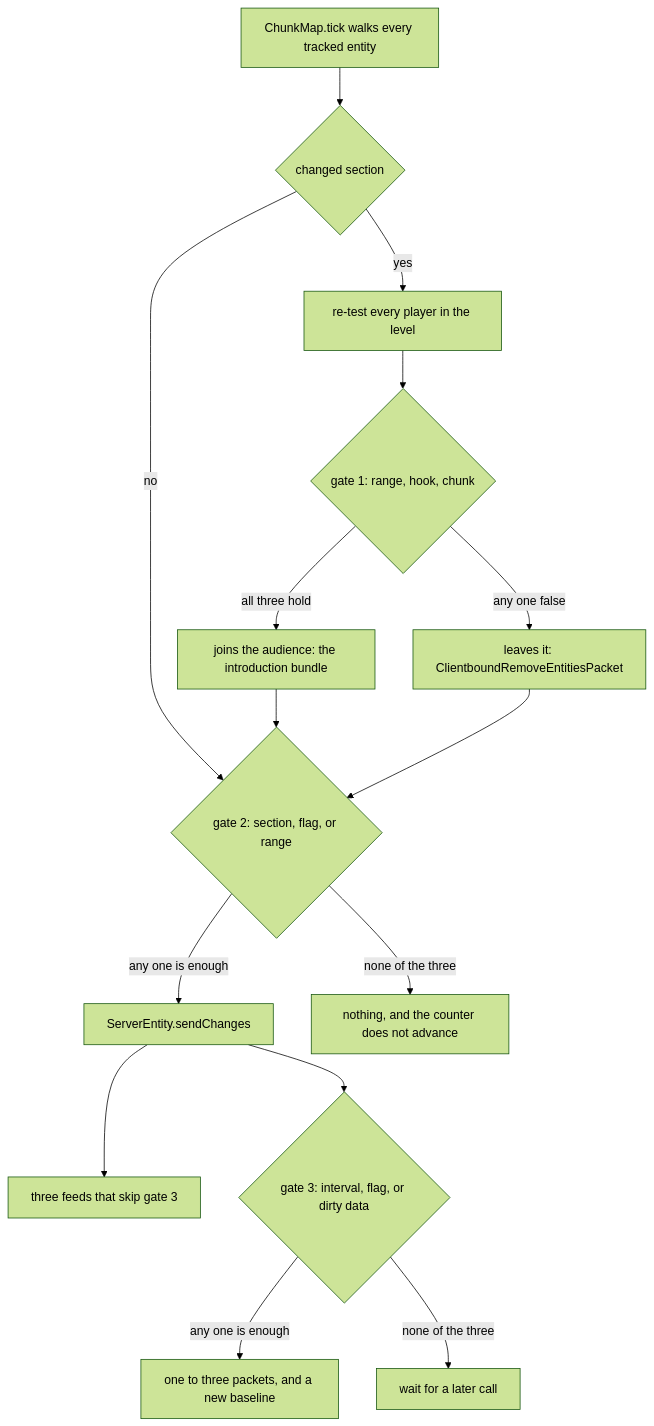
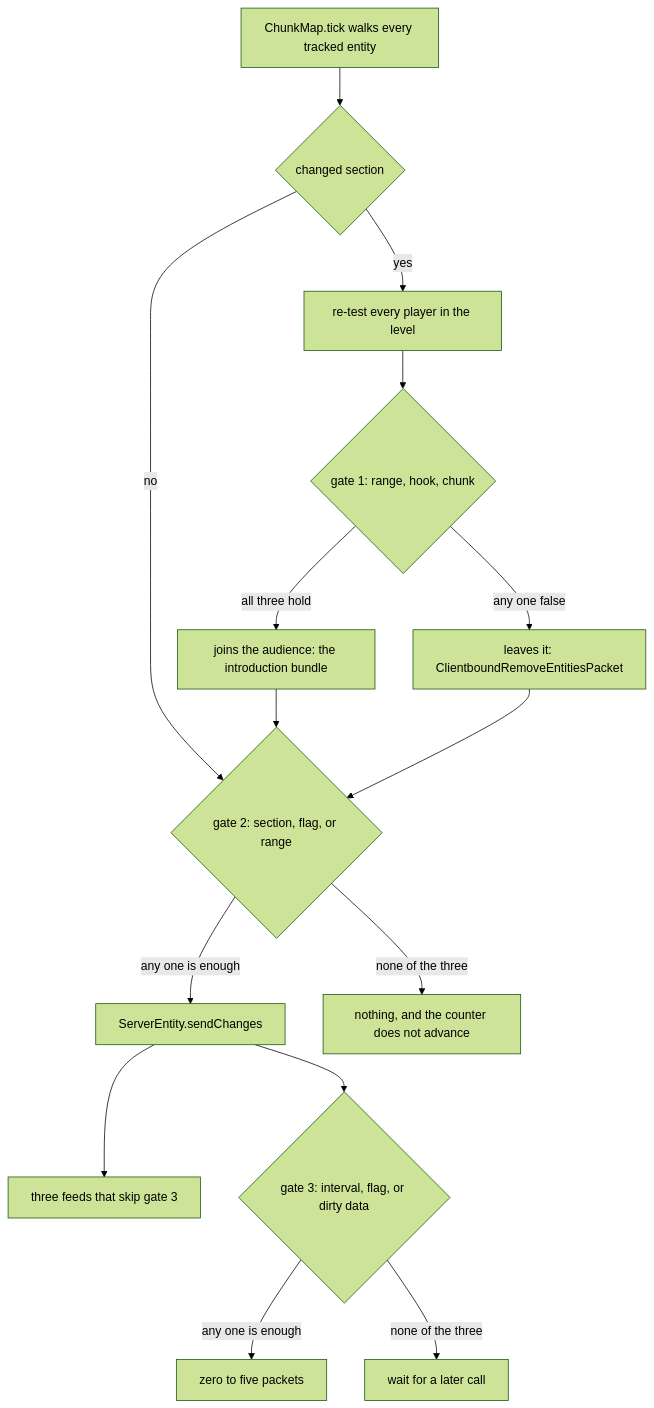
The first of 2 diagrams in src/systems/networking/what-the-client-is-told.md (AlexanderjFraser/MinecraftDocs), drawn with Mermaid (forest theme) before and after one commit. The commit also changed other lines of this file and 18 other files, not shown here.

````diff
--- a/src/systems/networking/what-the-client-is-told.md
+++ b/src/systems/networking/what-the-client-is-told.md
@@ -34,17 +34,17 @@
 ```mermaid
 flowchart TD
     TICK["ChunkMap.tick walks every tracked entity"]:::server --> SEC{"changed section"}
     SEC -- yes --> UP["re-test every player in the level"]:::server
     UP --> G1{"gate 1: range, hook, chunk"}
     G1 -- "all three hold" --> IN["joins the audience: the introduction bundle"]:::server
     G1 -- "any one false" --> OUT["leaves it: ClientboundRemoveEntitiesPacket"]:::server
     SEC -- no --> G2{"gate 2: section, flag, or range"}
     IN --> G2
     OUT --> G2
     G2 -- "any one is enough" --> SC["ServerEntity.sendChanges"]:::server
     G2 -- "none of the three" --> MUTE["nothing, and the counter does not advance"]:::server
     SC --> FREE["three feeds that skip gate 3"]:::server
     SC --> G3{"gate 3: interval, flag, or dirty data"}
-    G3 -- "any one is enough" --> D["one to three packets, and a new baseline"]:::server
+    G3 -- "any one is enough" --> D["zero to five packets"]:::server
     G3 -- "none of the three" --> WAIT["wait for a later call"]:::server
 ```
````
